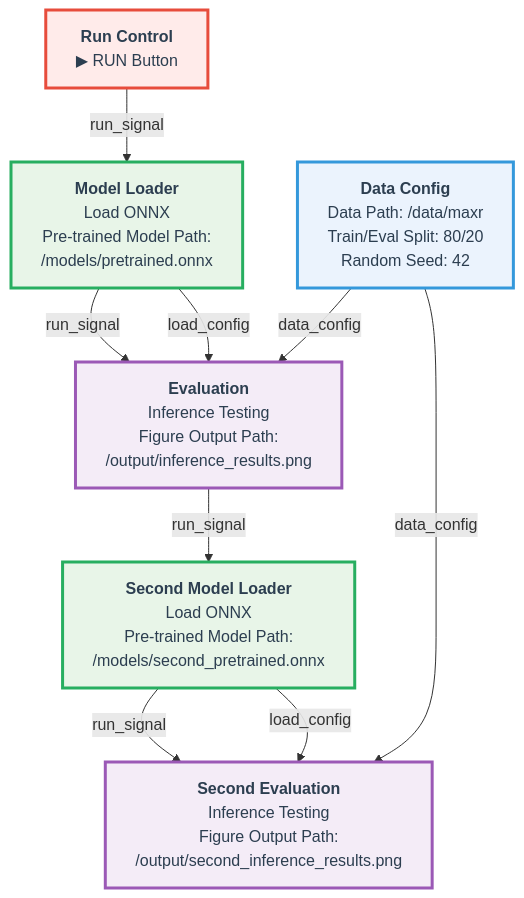
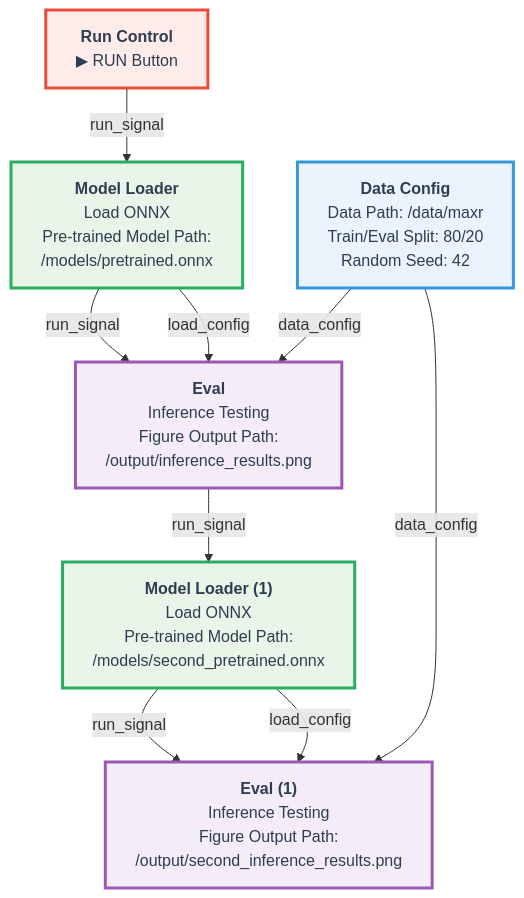
Before and after one commit to FilmakademieRnd/AnimHost: the diagram in doc/multi_eval_pipeline.md, drawn with Mermaid. The commit also changed 4 other files, not shown here.

Commit message:
design doc v1 mermaid and code snippets

````diff
--- a/doc/multi_eval_pipeline.md
+++ b/doc/multi_eval_pipeline.md
@@ -3,35 +3,35 @@
 ```mermaid
 graph TD
     %% Evaluation Pipeline Nodes
     A2["<b>Run Control</b><br/>▶ RUN Button"]
     B2["<b>Data Config</b><br/>Data Path: /data/maxr<br/>Train/Eval Split: 80/20<br/>Random Seed: 42"]
     G["<b>Model Loader</b><br/>Load ONNX<br/>Pre-trained Model Path:<br/>/models/pretrained.onnx"]
-    H["<b>Evaluation</b><br/>Inference Testing<br/>Figure Output Path:<br/>/output/inference_results.png"]
+    H["<b>Eval</b><br/>Inference Testing<br/>Figure Output Path:<br/>/output/inference_results.png"]
     
     %% Second Evaluation Pipeline Nodes
-    I["<b>Second Model Loader</b><br/>Load ONNX<br/>Pre-trained Model Path:<br/>/models/second_pretrained.onnx"]
-    J["<b>Second Evaluation</b><br/>Inference Testing<br/>Figure Output Path:<br/>/output/second_inference_results.png"]
+    I["<b>Model Loader (1)</b><br/>Load ONNX<br/>Pre-trained Model Path:<br/>/models/second_pretrained.onnx"]
+    J["<b>Eval (1)</b><br/>Inference Testing<br/>Figure Output Path:<br/>/output/second_inference_results.png"]
     
     %% Evaluation Pipeline Connections
     A2 -->|run_signal| G
     G -->|run_signal| H
     G -->|load_config| H
     B2 -->|data_config| H
     
     %% Second Evaluation Pipeline Connections
     H -->|run_signal| I
     I -->|run_signal| J
     I -->|load_config| J
     B2 -->|data_config| J
     
     %% Node Styling
     classDef runNode fill:#ffebea,stroke:#e74c3c,stroke-width:3px,color:#2c3e50
     classDef dataNode fill:#ebf3fd,stroke:#3498db,stroke-width:3px,color:#2c3e50
     classDef evalNode fill:#f4ecf7,stroke:#9b59b6,stroke-width:3px,color:#2c3e50
     classDef loaderNode fill:#e8f5e8,stroke:#27ae60,stroke-width:3px,color:#2c3e50
     
     class A2 runNode
     class B2 dataNode
     class H,J evalNode
     class G,I loaderNode
 ```
````
